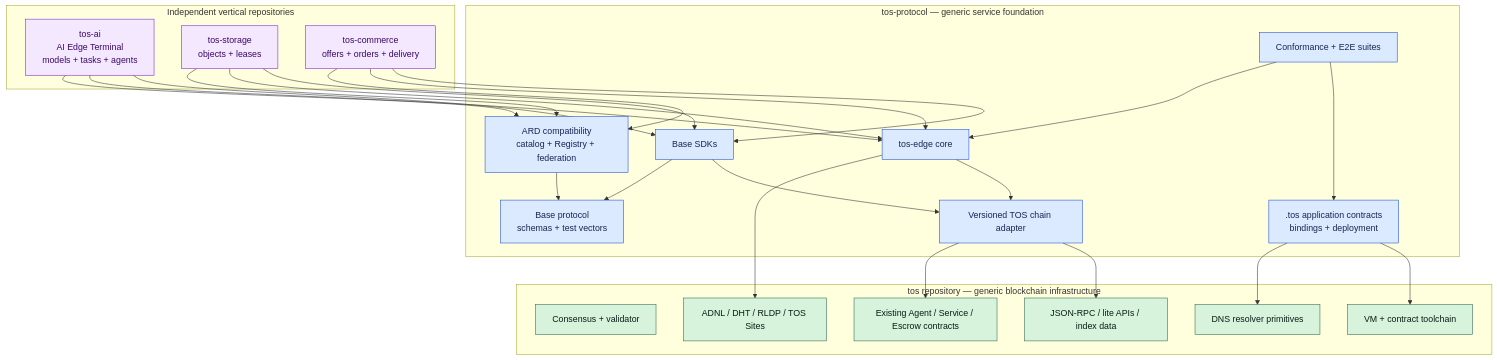
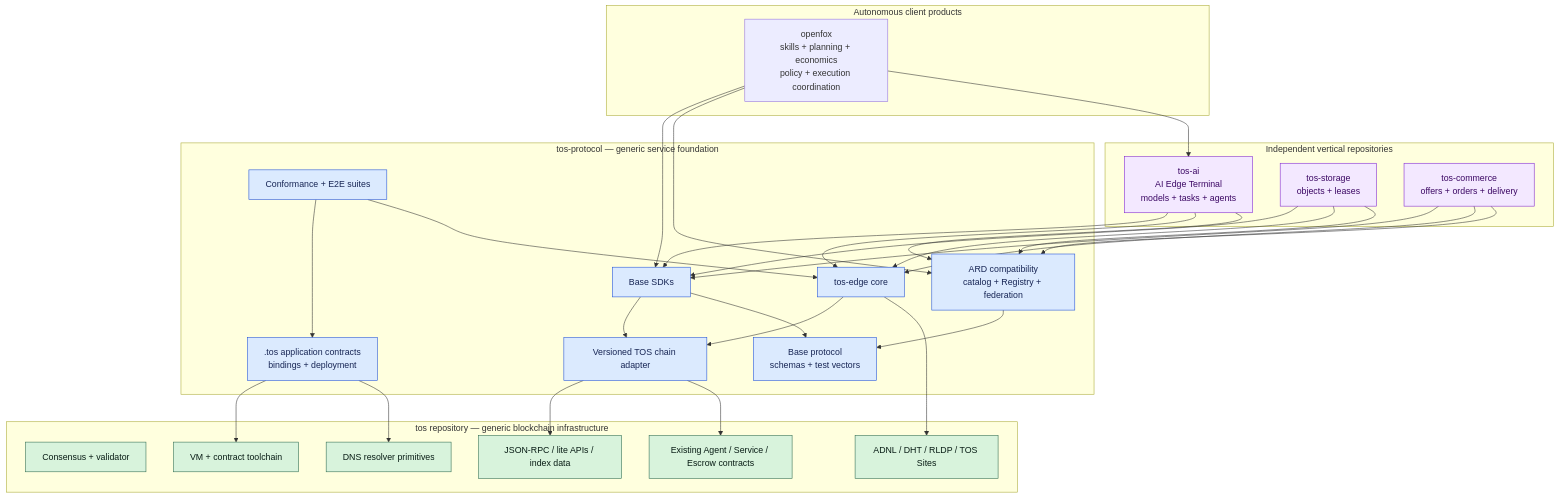
The first of 5 diagrams in doc/the-tos-protocol-implementation-plan.md (tosnetwork/tos), drawn with Mermaid before and after one commit. The commit also changed other lines of this file and 7 other files, not shown here.

Commit message:
docs: define OpenFox autonomous earning agent

````diff
--- a/doc/the-tos-protocol-implementation-plan.md
+++ b/doc/the-tos-protocol-implementation-plan.md
@@ -129,55 +141,62 @@
 ```mermaid
 flowchart TB
     subgraph Core["tos repository — generic blockchain infrastructure"]
         Validator["Consensus + validator"]
         VM["VM + contract toolchain"]
         ChainAPI["JSON-RPC / lite APIs / index data"]
         CoreDNS["DNS resolver primitives"]
         P2P["ADNL / DHT / RLDP / TOS Sites"]
         ActorABI["Existing Agent / Service / Escrow contracts"]
     end
 
     subgraph Base["tos-protocol — generic service foundation"]
         Spec["Base protocol<br/>schemas + test vectors"]
         Domain[".tos application contracts<br/>bindings + deployment"]
         Adapter["Versioned TOS chain adapter"]
         ProtocolSDK["Base SDKs"]
         EdgeCore["tos-edge core"]
         ARD["ARD compatibility<br/>catalog + Registry + federation"]
         Conformance["Conformance + E2E suites"]
     end
 
     subgraph Profiles["Independent vertical repositories"]
         AI["tos-ai<br/>AI Edge Terminal<br/>models + tasks + agents"]
         Storage["tos-storage<br/>objects + leases"]
         Commerce["tos-commerce<br/>offers + orders + delivery"]
     end
 
+    subgraph Autonomous["Autonomous client products"]
+        Fox["openfox<br/>skills + planning + economics<br/>policy + execution coordination"]
+    end
+
     Domain --> VM
     Domain --> CoreDNS
     Adapter --> ChainAPI
     Adapter --> ActorABI
     EdgeCore --> Adapter
     EdgeCore --> P2P
     ProtocolSDK --> Adapter
     ProtocolSDK --> Spec
     ARD --> Spec
     Conformance --> Domain
     Conformance --> EdgeCore
     AI --> ProtocolSDK
     AI --> EdgeCore
     AI --> ARD
+    Fox --> ProtocolSDK
+    Fox --> ARD
+    Fox --> AI
     Storage --> ProtocolSDK
     Storage --> EdgeCore
     Storage --> ARD
     Commerce --> ProtocolSDK
     Commerce --> EdgeCore
     Commerce --> ARD
 
     classDef core fill:#d8f3dc,stroke:#2d6a4f,color:#081c15;
     classDef base fill:#dbeafe,stroke:#1d4ed8,color:#172554;
     classDef profile fill:#f3e8ff,stroke:#7e22ce,color:#3b0764;
     class Validator,VM,ChainAPI,CoreDNS,P2P,ActorABI core;
     class Spec,Domain,Adapter,ProtocolSDK,EdgeCore,ARD,Conformance base;
     class AI,Storage,Commerce profile;
 ```
````
